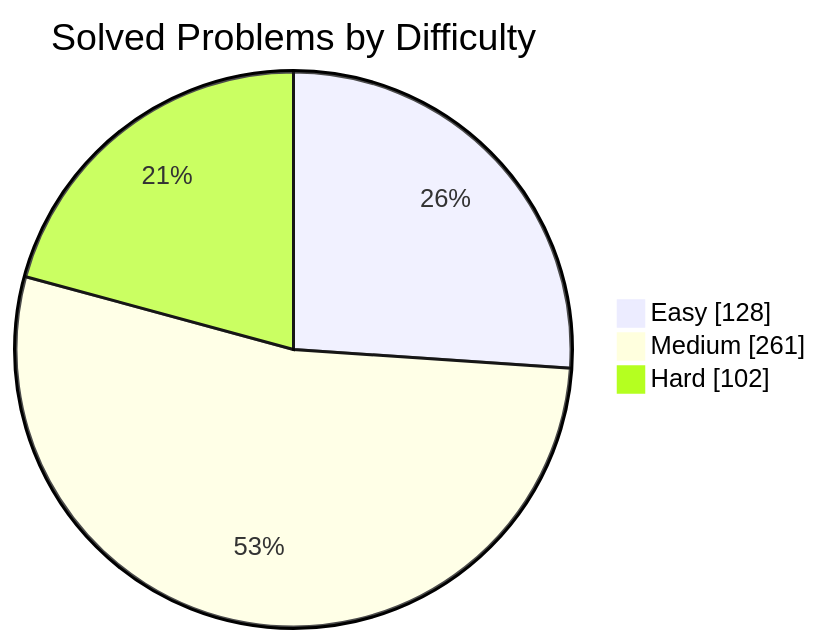
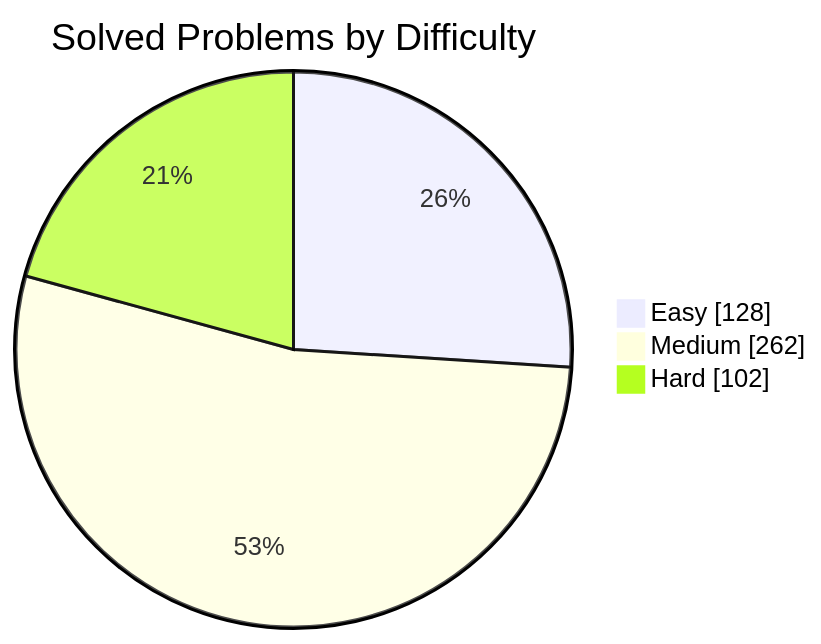
Before and after one commit to manikantbindass/DSA-Preparation-FAANG: the first of 2 diagrams in README.md, drawn with Mermaid. The commit also changed other lines of this file and 1 other file, not shown here.

````diff
--- a/README.md
+++ b/README.md
@@ -77,7 +77,7 @@
 ```mermaid
 pie showData
     title Solved Problems by Difficulty
     "Easy" : 128
-    "Medium" : 261
+    "Medium" : 262
     "Hard" : 102
 ```
````
